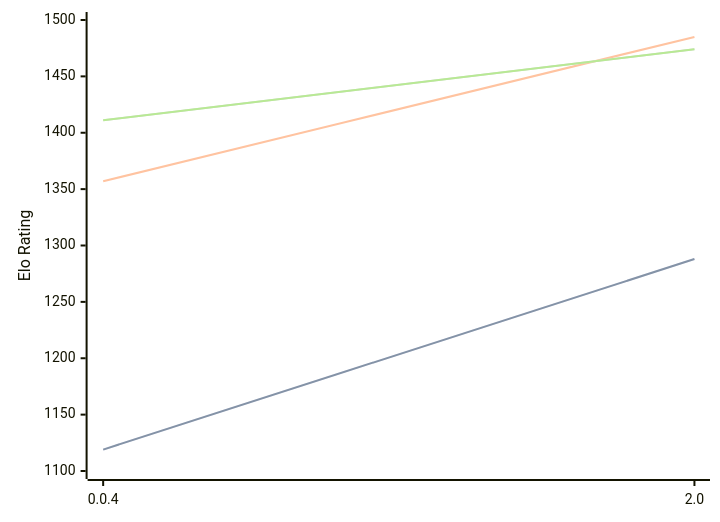
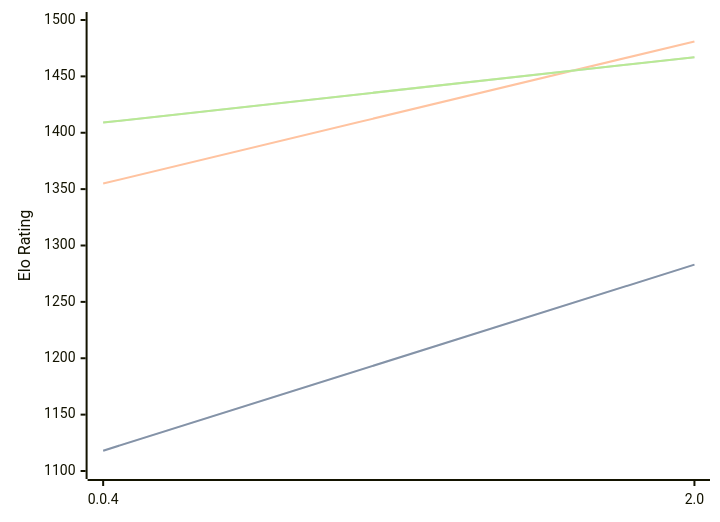
Before and after one commit to computer-chess-index/cci: the diagram in engines/Oops!Mate.md, drawn with Mermaid. The commit also changed other lines of this file, not shown here.

Commit message:
Update CCI Ratings (ELO VLTC) - 2026-04-01

````diff
--- a/engines/Oops!Mate.md
+++ b/engines/Oops!Mate.md
@@ -51,11 +51,11 @@
 ```mermaid
 %%{init: {"theme":"base","themeVariables":{"seriesColors:['#a3a3a3','#222221','#faa371']}}}%%
 xychart-beta
   x-axis ["0.0.4", "2.0"]
   y-axis "Elo Rating" 1100 --> 1500
-  line "STC (8.0+0.08s)" [1119, 1288]
-  line "STC (8.0+0.08s)" [1119, 1288]
-  line "LTC (60.0+0.60s)" [1357, 1485]
-  line "VLTC (2m24s+1.12s)" [1411, 1474]
-  line "VLTC (2m24s+1.12s)" [1411, 1474]
+  line "STC (8.0+0.08s)" [1118, 1283]
+  line "STC (8.0+0.08s)" [1118, 1283]
+  line "LTC (60.0+0.60s)" [1355, 1481]
+  line "VLTC (2m24s+1.12s)" [1409, 1467]
+  line "VLTC (2m24s+1.12s)" [1409, 1467]
 ```
````
